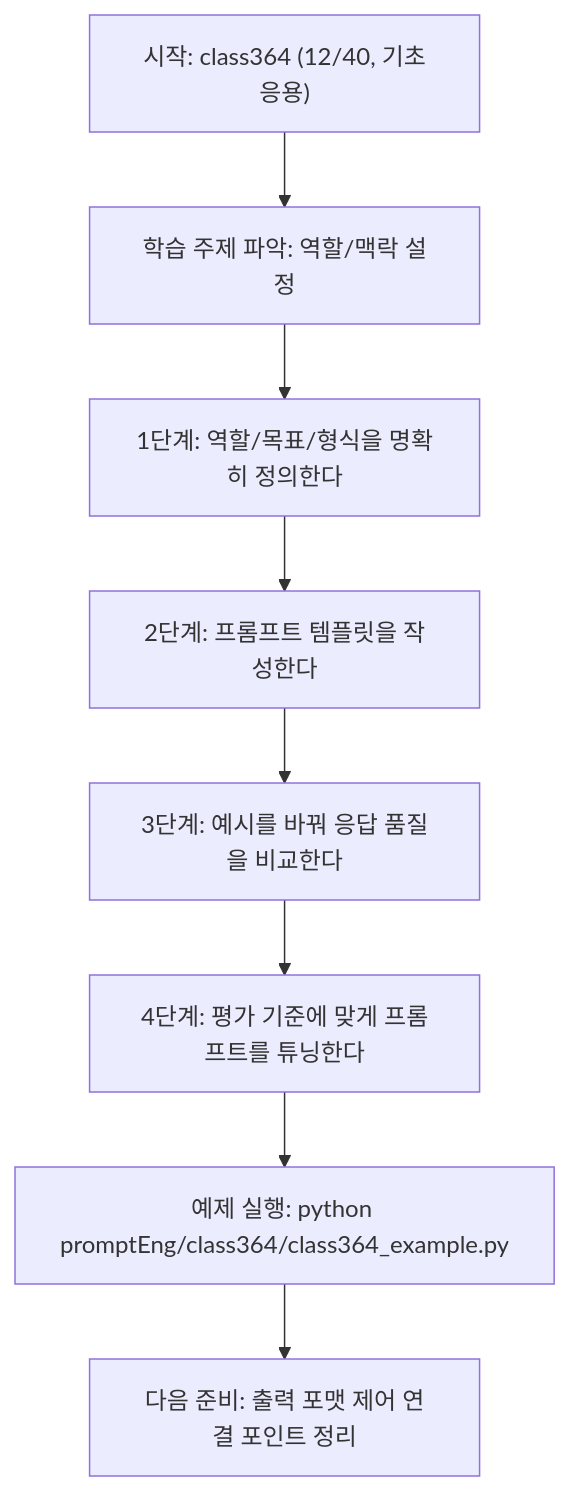
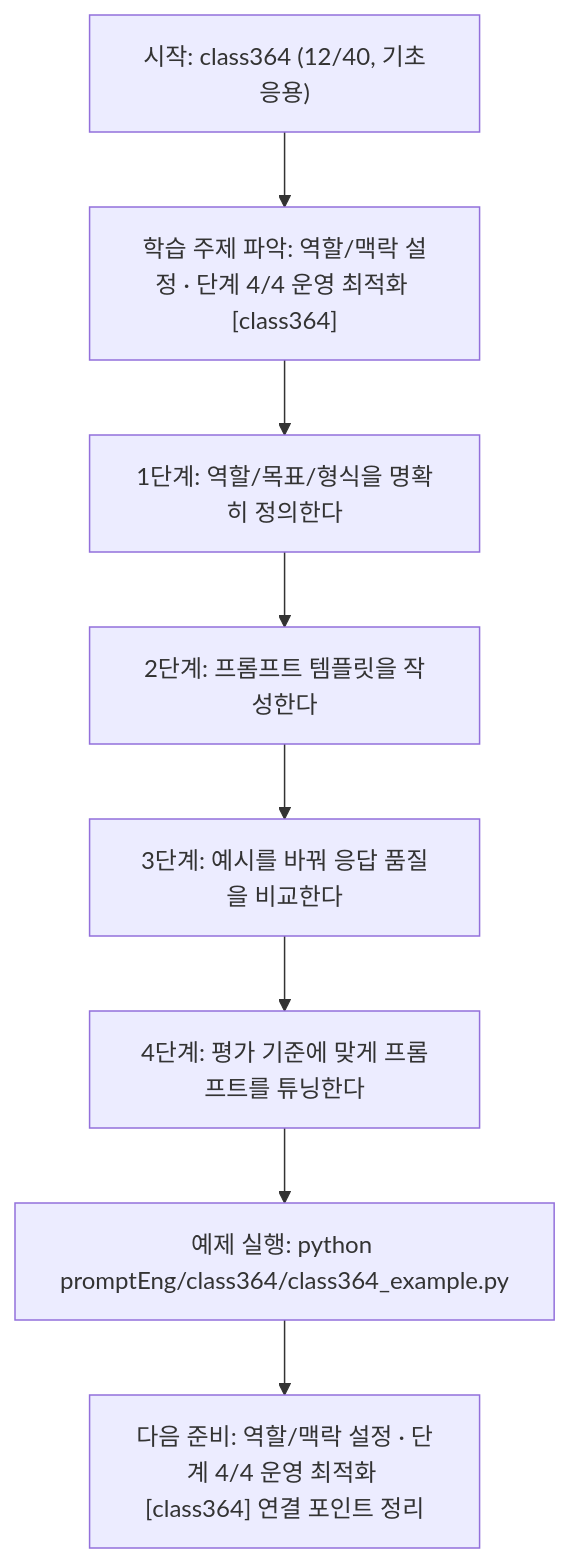
One commit to edumgt/Python-AI_Agent-Class changed the diagram in promptEng/class364/class364.md. Above: the diagram before and after it, drawn with Mermaid. The commit also changed other lines of this file and 522 other files, not shown here.

````diff
--- a/promptEng/class364/class364.md
+++ b/promptEng/class364/class364.md
@@ -109,18 +110,18 @@
 ```mermaid
 flowchart TD
 N1["시작: class364 (12/40, 기초응용)"]
-N2["학습 주제 파악: 역할/맥락 설정"]
+N2["학습 주제 파악: 역할/맥락 설정 · 단계 4/4 운영 최적화 [class364]"]
 N3["1단계: 역할/목표/형식을 명확히 정의한다"]
 N4["2단계: 프롬프트 템플릿을 작성한다"]
 N5["3단계: 예시를 바꿔 응답 품질을 비교한다"]
 N6["4단계: 평가 기준에 맞게 프롬프트를 튜닝한다"]
 N7["예제 실행: python promptEng/class364/class364_example.py"]
-N8["다음 준비: 출력 포맷 제어 연결 포인트 정리"]
+N8["다음 준비: 역할/맥락 설정 · 단계 4/4 운영 최적화 [class364] 연결 포인트 정리"]
 N1 --> N2
 N2 --> N3
 N3 --> N4
 N4 --> N5
 N5 --> N6
 N6 --> N7
 N7 --> N8
 ```
````
